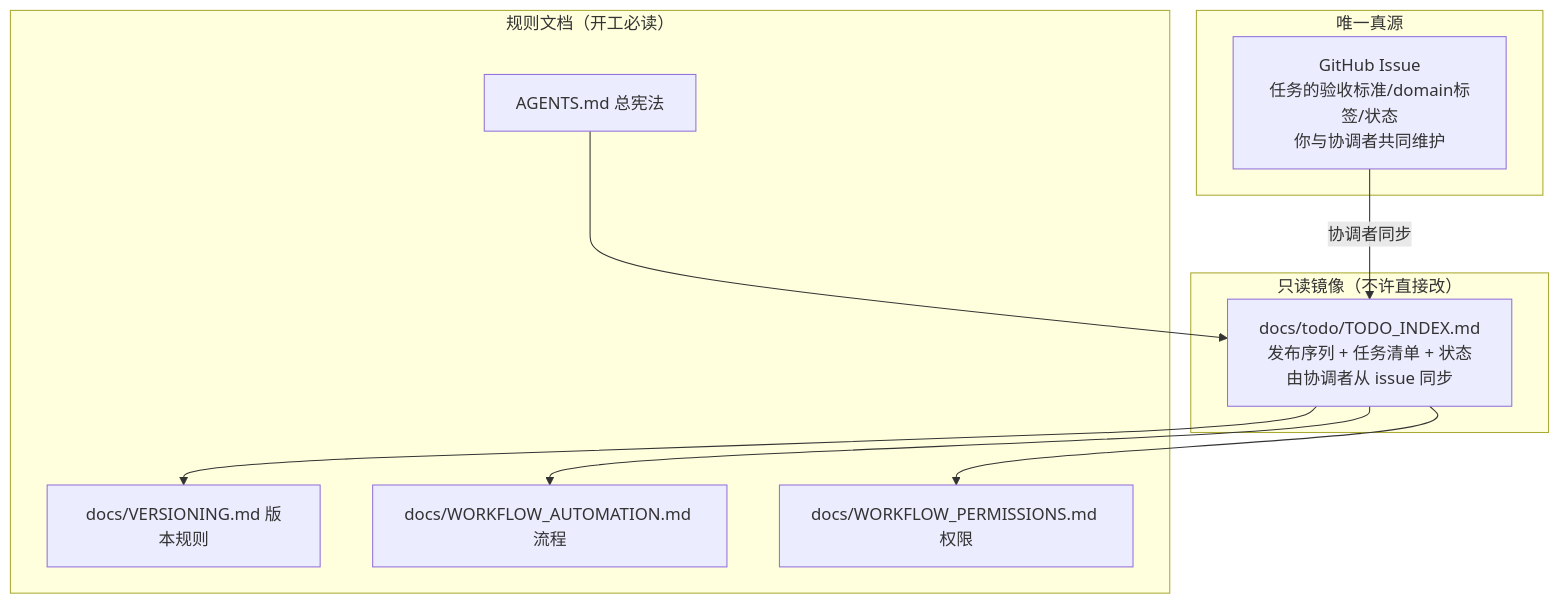
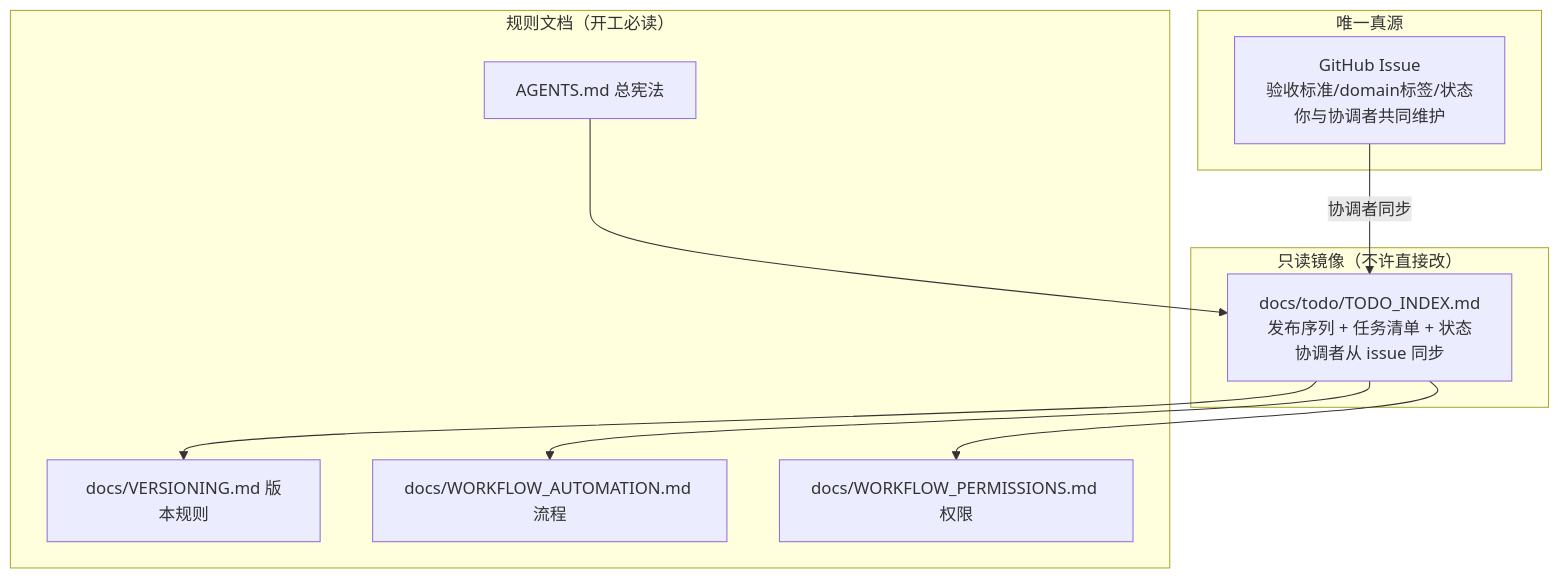
Before and after one commit to feng653/quant-lean: the second of 8 diagrams in docs/WORKFLOW_UPDATE_PLAN.md, drawn with Mermaid. The commit also changed other lines of this file, not shown here.

````diff
--- a/docs/WORKFLOW_UPDATE_PLAN.md
+++ b/docs/WORKFLOW_UPDATE_PLAN.md
@@ -38,18 +79,18 @@
 ```mermaid
 flowchart TB
     subgraph 真源["唯一真源"]
-        ISSUE["GitHub Issue<br/>任务的验收标准/domain标签/状态<br/>你与协调者共同维护"]
+        ISSUE["GitHub Issue<br/>验收标准/domain标签/状态<br/>你与协调者共同维护"]
     end
     subgraph 镜像["只读镜像（不许直接改）"]
-        TODO["docs/todo/TODO_INDEX.md<br/>发布序列 + 任务清单 + 状态<br/>由协调者从 issue 同步"]
+        TODO["docs/todo/TODO_INDEX.md<br/>发布序列 + 任务清单 + 状态<br/>协调者从 issue 同步"]
     end
     subgraph 规则["规则文档（开工必读）"]
         AG["AGENTS.md 总宪法"]
         V["docs/VERSIONING.md 版本规则"]
         W["docs/WORKFLOW_AUTOMATION.md 流程"]
         P["docs/WORKFLOW_PERMISSIONS.md 权限"]
     end
     ISSUE -->|协调者同步| TODO
     AG --> TODO
     TODO --> V & W & P
 ```
````
